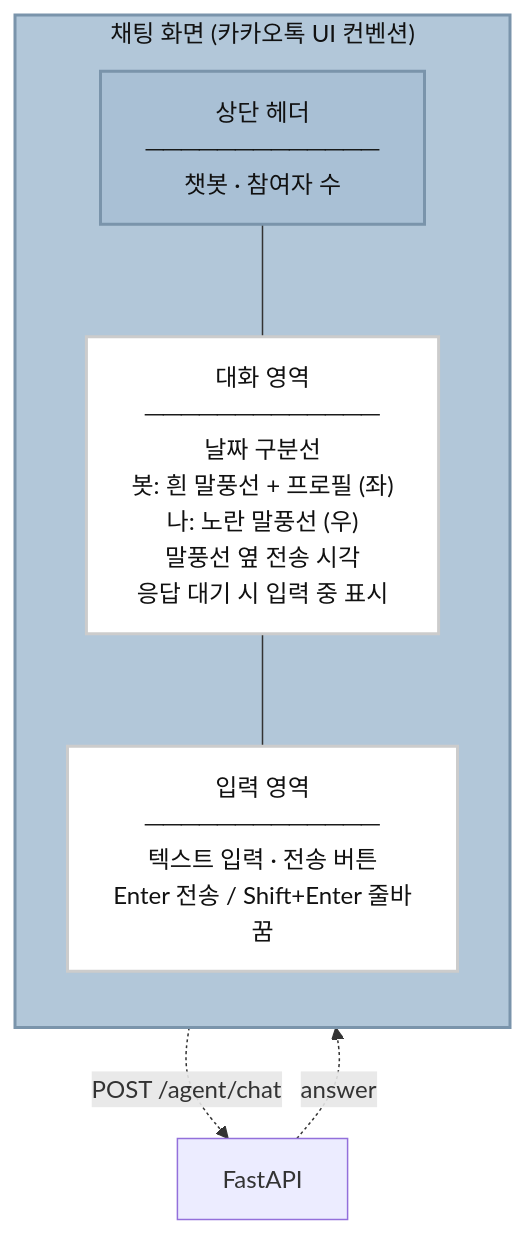
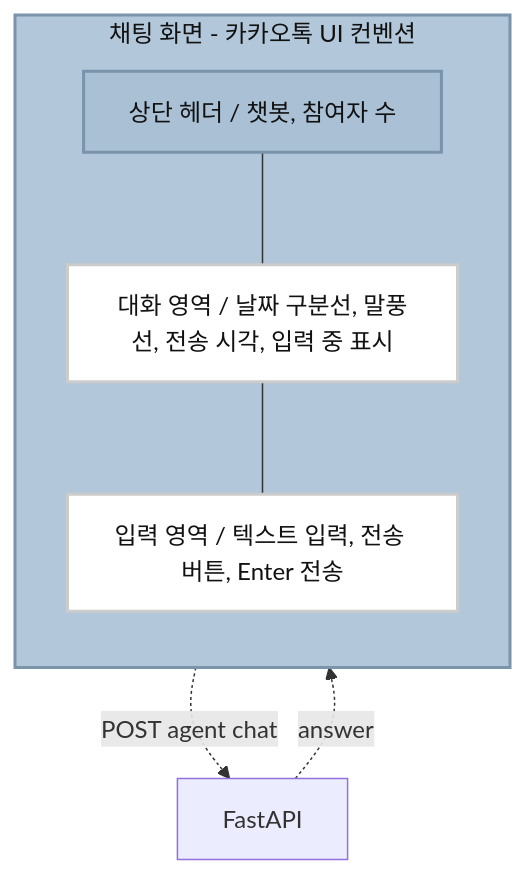
The first of 10 diagrams in README.md (Dongju-00/eric-chatagent), drawn with Mermaid before and after one commit. The commit also changed other lines of this file and 1 other file, not shown here.

````diff
--- a/README.md
+++ b/README.md
@@ -31,18 +32,18 @@
 ```mermaid
 flowchart TB
-    subgraph UI["채팅 화면 (카카오톡 UI 컨벤션)"]
+    subgraph UI["채팅 화면 - 카카오톡 UI 컨벤션"]
         direction TB
-        H["상단 헤더<br/>─────────────<br/>챗봇 · 참여자 수"]
-        B["대화 영역<br/>─────────────<br/>날짜 구분선<br/>봇: 흰 말풍선 + 프로필 (좌)<br/>나: 노란 말풍선 (우)<br/>말풍선 옆 전송 시각<br/>응답 대기 시 입력 중 표시"]
-        I["입력 영역<br/>─────────────<br/>텍스트 입력 · 전송 버튼<br/>Enter 전송 / Shift+Enter 줄바꿈"]
+        H["상단 헤더 / 챗봇, 참여자 수"]
+        B["대화 영역 / 날짜 구분선, 말풍선, 전송 시각, 입력 중 표시"]
+        I["입력 영역 / 텍스트 입력, 전송 버튼, Enter 전송"]
         H --- B --- I
     end
 
-    B -.->|POST /agent/chat| API[FastAPI]
+    B -.->|POST agent chat| API[FastAPI]
     API -.->|answer| B
 
     style UI fill:#b2c7d9,stroke:#7a94ab,stroke-width:2px,color:#111111
     style H fill:#a9c0d5,stroke:#7a94ab,stroke-width:2px,color:#111111
     style B fill:#ffffff,stroke:#cccccc,stroke-width:2px,color:#111111
     style I fill:#ffffff,stroke:#cccccc,stroke-width:2px,color:#111111
 ```
````
